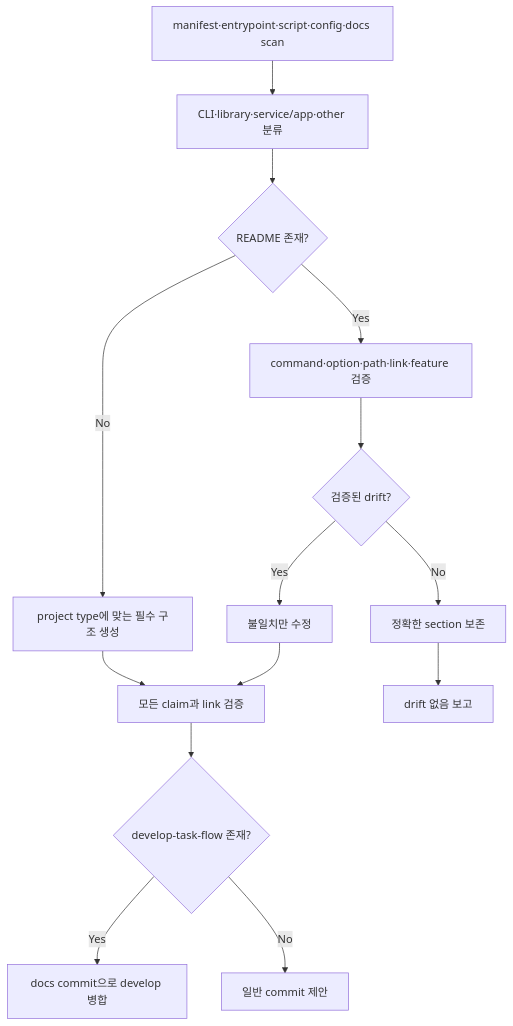
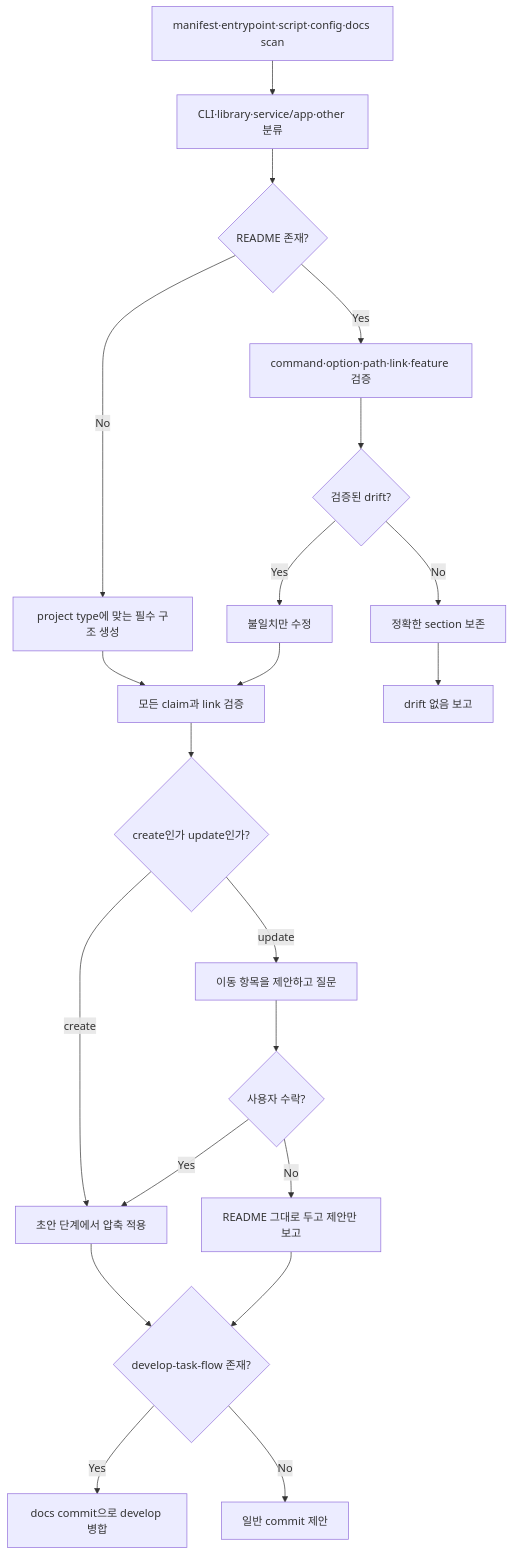
Before and after one commit to 0x0w1/jig: the diagram in docs/ko/skills/readme.md, drawn with Mermaid. The commit also changed other lines of this file and 7 other files, not shown here.

````diff
--- a/docs/ko/skills/readme.md
+++ b/docs/ko/skills/readme.md
@@ -22,16 +22,23 @@
 ```mermaid
 flowchart TD
     Scan[manifest·entrypoint·script·config·docs scan] --> Type[CLI·library·service/app·other 분류]
     Type --> Exists{README 존재?}
     Exists -- No --> Create[project type에 맞는 필수 구조 생성]
     Exists -- Yes --> Audit[command·option·path·link·feature 검증]
     Audit --> Drift{검증된 drift?}
     Drift -- Yes --> Fix[불일치만 수정]
     Drift -- No --> Preserve[정확한 section 보존]
     Create --> Validate[모든 claim과 link 검증]
     Fix --> Validate
     Preserve --> Report[drift 없음 보고]
-    Validate --> Flow{develop-task-flow 존재?}
+    Validate --> Compress{create인가 update인가?}
+    Compress -- create --> Applied[초안 단계에서 압축 적용]
+    Compress -- update --> Proposal[이동 항목을 제안하고 질문]
+    Proposal --> Answer{사용자 수락?}
+    Answer -- Yes --> Applied
+    Answer -- No --> Kept[README 그대로 두고 제안만 보고]
+    Applied --> Flow{develop-task-flow 존재?}
+    Kept --> Flow
     Flow -- Yes --> Merge[docs commit으로 develop 병합]
     Flow -- No --> Propose[일반 commit 제안]
 ```
````
